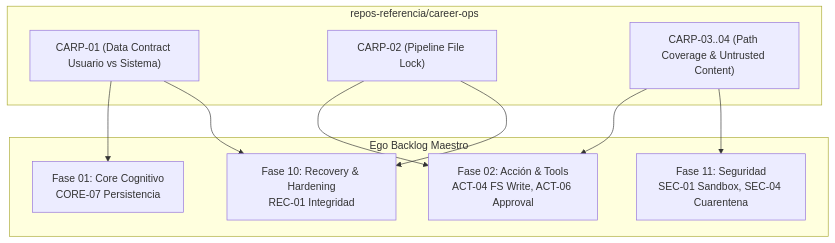
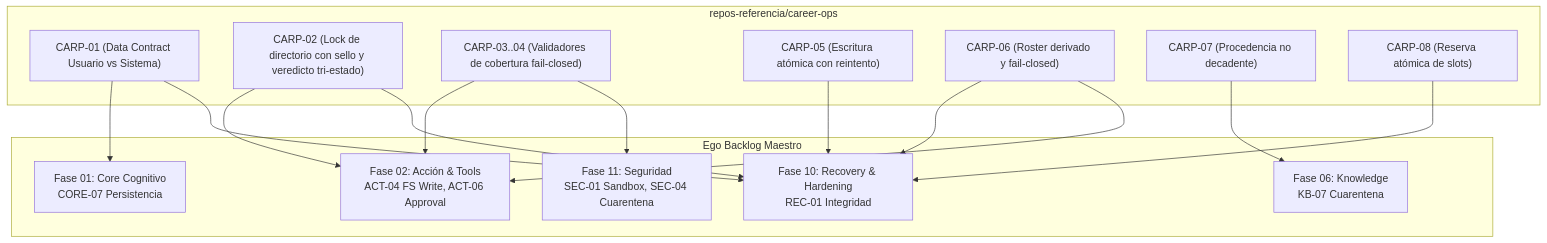
Before and after one commit to ness-e/Ego: the diagram in docs/review/backlog-career-ops.md, drawn with Mermaid. The commit also changed other lines of this file and 15 other files, not shown here.

````diff
--- a/docs/review/backlog-career-ops.md
+++ b/docs/review/backlog-career-ops.md
@@ -43,22 +95,32 @@
 ```mermaid
 flowchart TD
     subgraph CareerOpsExtraction ["repos-referencia/career-ops"]
         C_DATA["CARP-01 (Data Contract Usuario vs Sistema)"]
-        C_LOCK["CARP-02 (Pipeline File Lock)"]
-        C_SEC["CARP-03..04 (Path Coverage & Untrusted Content)"]
+        C_LOCK["CARP-02 (Lock de directorio con sello y veredicto tri-estado)"]
+        C_SEC["CARP-03..04 (Validadores de cobertura fail-closed)"]
+        C_ATOM["CARP-05 (Escritura atómica con reintento)"]
+        C_FAIL["CARP-06 (Roster derivado y fail-closed)"]
+        C_PROV["CARP-07 (Procedencia no decadente)"]
+        C_SLOT["CARP-08 (Reserva atómica de slots)"]
     end
 
     subgraph EgoBacklog ["Ego Backlog Maestro"]
         CORE["Fase 01: Core Cognitivo<br/>CORE-07 Persistencia"]
         ACT["Fase 02: Acción & Tools<br/>ACT-04 FS Write, ACT-06 Approval"]
+        KB["Fase 06: Knowledge<br/>KB-07 Cuarentena"]
         REC["Fase 10: Recovery & Hardening<br/>REC-01 Integridad"]
         SEC["Fase 11: Seguridad<br/>SEC-01 Sandbox, SEC-04 Cuarentena"]
     end
 
     C_DATA --> CORE
     C_DATA --> REC
     C_LOCK --> ACT
     C_LOCK --> REC
     C_SEC --> ACT
     C_SEC --> SEC
+    C_ATOM --> REC
+    C_FAIL --> REC
+    C_FAIL --> ACT
+    C_PROV --> KB
+    C_SLOT --> REC
 ```
````
